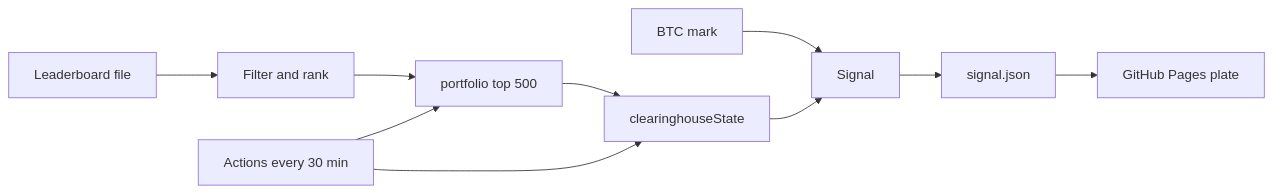
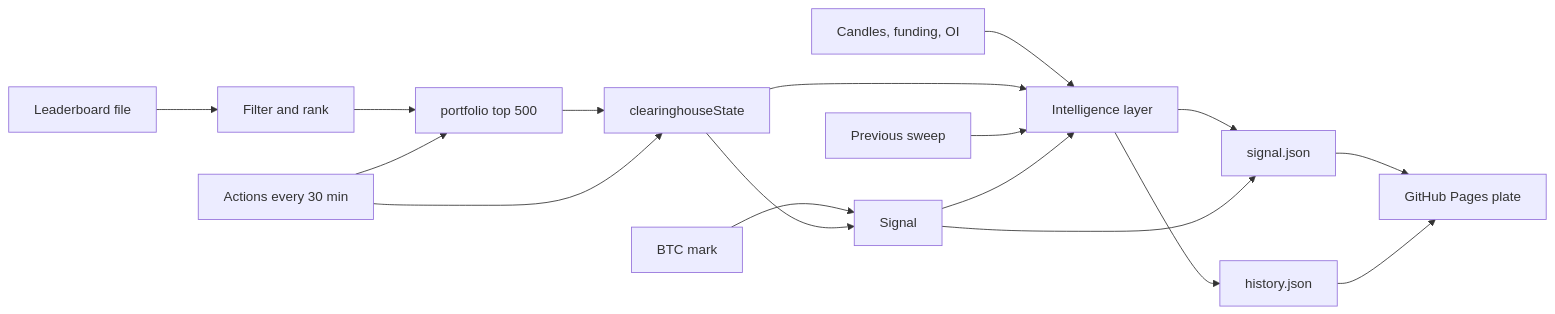
One commit to PrafullJ0shi/hyperliquid-btc-signal changed the diagram in README.md. Above: the diagram before and after it, drawn with Mermaid. The commit also changed other lines of this file and 27 other files, not shown here.

Commit message:
Add market-intelligence layer: risk grade, liquidation map, flips, regime, backtests, lead-lag

````diff
--- a/README.md
+++ b/README.md
@@ -70,12 +254,19 @@
 ```mermaid
 flowchart LR
   A["Leaderboard file"] --> B["Filter and rank"]
   B --> C["portfolio top 500"]
   C --> D["clearinghouseState"]
   E["BTC mark"] --> F["Signal"]
   D --> F
-  F --> G["signal.json"]
+  M["Candles, funding, OI"] --> L["Intelligence layer"]
+  D --> L
+  P["Previous sweep"] --> L
+  F --> L
+  L --> G["signal.json"]
+  F --> G
   G --> H["GitHub Pages plate"]
+  L --> Q["history.json"]
+  Q --> H
   I["Actions every 30 min"] --> C
   I --> D
 ```
````
